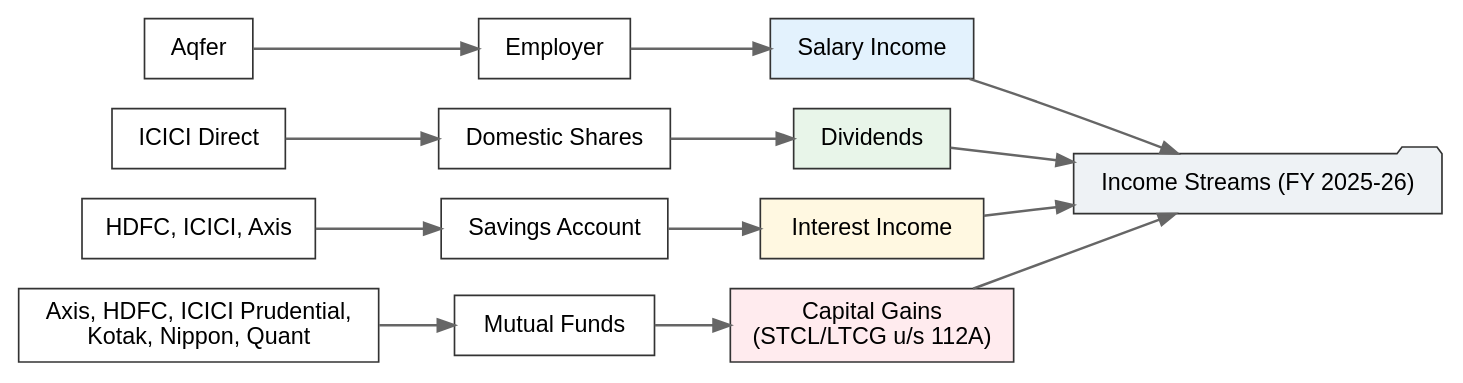
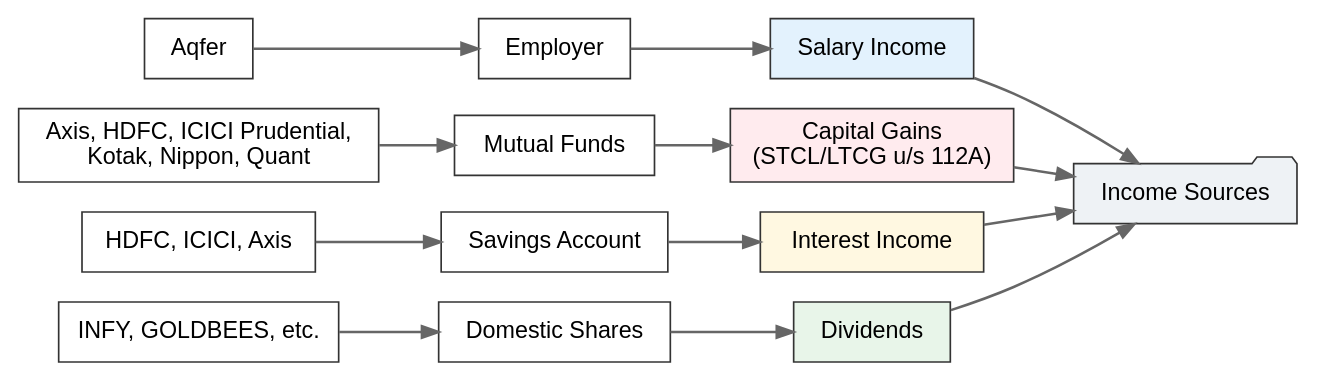
The first of 3 diagrams in content/building-wealth/blogs/2026/journey-of-filing-income-tax.md (sakthipriyan/sakthipriyan.github.io), drawn with Graphviz before and after one commit. The commit also changed other lines of this file, not shown here.

First line of the commit message:
Publish ITR-2 Income Tax Article (#64)

````diff
--- a/content/building-wealth/blogs/2026/journey-of-filing-income-tax.md
+++ b/content/building-wealth/blogs/2026/journey-of-filing-income-tax.md
@@ -42,41 +62,45 @@
 ```dot
 digraph IncomeTree {
   rankdir=LR;
   node [shape=box, style=filled, fillcolor="#ffffff", fontname="sans-serif", color="#333333", margin="0.2,0.1"];
   edge [color="#666666", penwidth=1.5];
   
-  Income [label="Income Streams (FY 2025-26)", shape=folder, fillcolor="#eef2f5"];
+  Income [label="Income Sources", shape=folder, fillcolor="#eef2f5"];
   
   Salary [label="Salary Income", fillcolor="#e3f2fd"];
   Employer [label="Employer"];
   Aqfer [label="Aqfer"];
   
-  Dividends [label="Dividends", fillcolor="#e8f5e9"];
-  DomesticShares [label="Domestic Shares"];
-  ICICIDirect [label="ICICI Direct"];
+  CapitalGains [label="Capital Gains\n(STCL/LTCG u/s 112A)", fillcolor="#ffebee"];
+  MutualFunds [label="Mutual Funds"];
+  AMCs [label="Axis, HDFC, ICICI Prudential,\nKotak, Nippon, Quant"];
   
   Interest [label="Interest Income", fillcolor="#fff8e1"];
   SavingsAccount [label="Savings Account"];
   Banks [label="HDFC, ICICI, Axis"];
   
-  CapitalGains [label="Capital Gains\n(STCL/LTCG u/s 112A)", fillcolor="#ffebee"];
-  MutualFunds [label="Mutual Funds"];
-  AMCs [label="Axis, HDFC, ICICI Prudential,\nKotak, Nippon, Quant"];
+  Dividends [label="Dividends", fillcolor="#e8f5e9"];
+  DomesticShares [label="Domestic Shares"];
+  ICICIDirect [label="INFY, GOLDBEES, etc."];
   
   Salary -> Income;
   Employer -> Salary;
   Aqfer -> Employer;
   
-  Dividends -> Income;
-  DomesticShares -> Dividends;
-  ICICIDirect -> DomesticShares;
+  CapitalGains -> Income;
+  MutualFunds -> CapitalGains;
+  AMCs -> MutualFunds;
   
   Interest -> Income;
   SavingsAccount -> Interest;
   Banks -> SavingsAccount;
   
-  CapitalGains -> Income;
-  MutualFunds -> CapitalGains;
-  AMCs -> MutualFunds;
+  Dividends -> Income;
+  DomesticShares -> Dividends;
+  ICICIDirect -> DomesticShares;
+  
+  // Force vertical ordering
+  { rank=same; Salary; CapitalGains; Interest; Dividends; }
+  Salary -> CapitalGains -> Interest -> Dividends [style=invis];
 }
 ```
````
